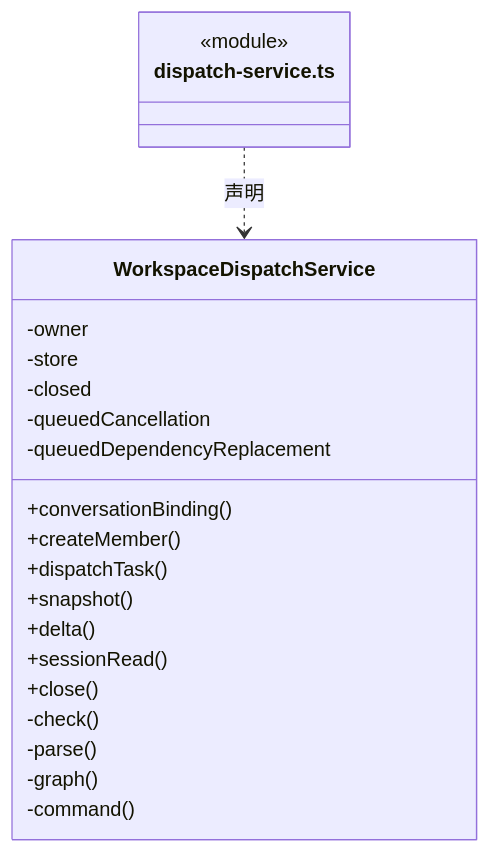
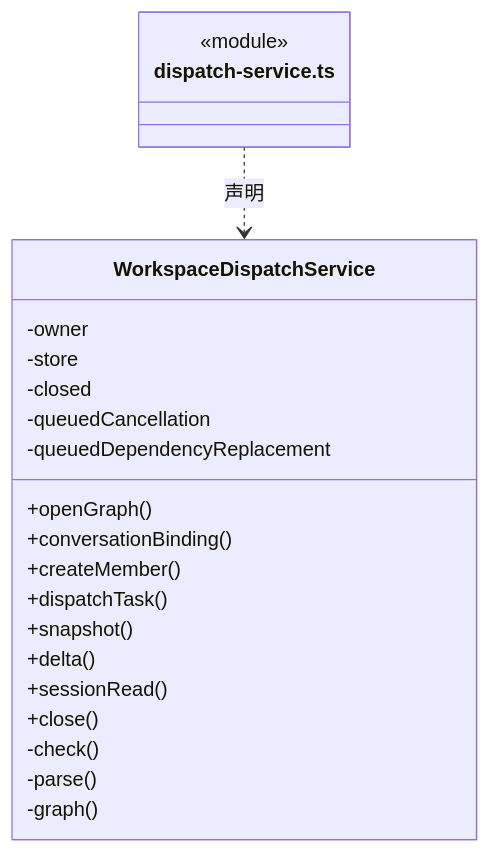
One commit to nan023062/cbim changed the eighth of 59 diagrams in src/backend/scheduler-engine/execution/ARCHITECTURE.md. Above: the diagram before and after it, drawn with Mermaid. The commit also changed other lines of this file and 52 other files, not shown here.

````diff
--- a/src/backend/scheduler-engine/execution/ARCHITECTURE.md
+++ b/src/backend/scheduler-engine/execution/ARCHITECTURE.md
@@ -264,25 +265,25 @@
 ```mermaid
 classDiagram
 class N_src_backend_scheduler_engine_execution_dispatch_service_ts["dispatch-service.ts"] {
   <<module>>
 }
 class N_src_backend_scheduler_engine_execution_dispatch_service_ts_WorkspaceDispatchService["WorkspaceDispatchService"] {
+  +openGraph()
   +conversationBinding()
   +createMember()
   +dispatchTask()
   +snapshot()
   +delta()
   +sessionRead()
   +close()
   -owner
   -store
   -closed
   -queuedCancellation
   -queuedDependencyReplacement
   -check()
   -parse()
   -graph()
-  -command()
 }
 N_src_backend_scheduler_engine_execution_dispatch_service_ts ..> N_src_backend_scheduler_engine_execution_dispatch_service_ts_WorkspaceDispatchService : 声明
 ```
````
